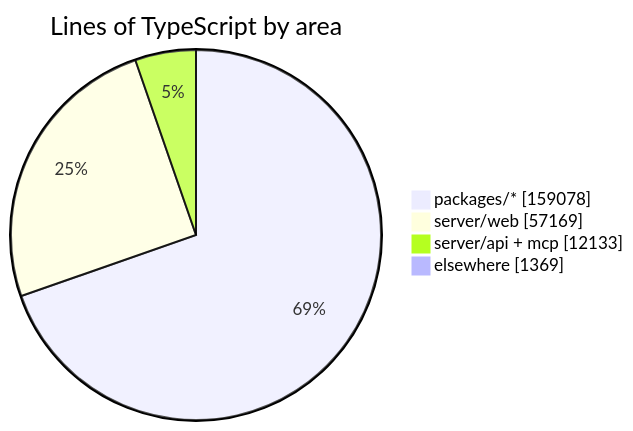
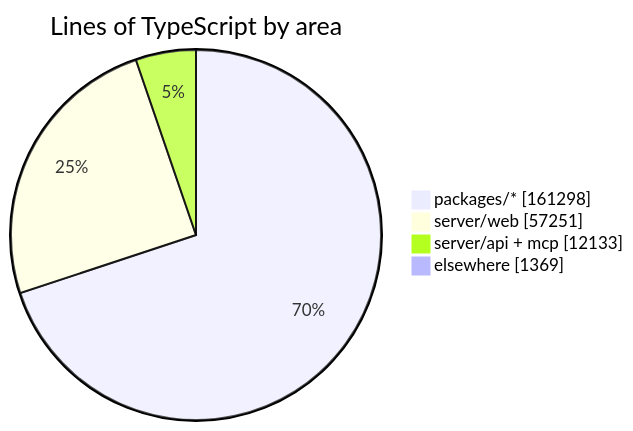
The diagram in README.md (crossworks-engineering/mantle), drawn with Mermaid before and after one commit. The commit also changed other lines of this file and 2 other files, not shown here.

````diff
--- a/README.md
+++ b/README.md
@@ -279,7 +279,7 @@
 ```mermaid
 pie showData title Lines of TypeScript by area
-    "packages/*" : 159078
-    "server/web" : 57169
+    "packages/*" : 161298
+    "server/web" : 57251
     "server/api + mcp" : 12133
     "elsewhere" : 1369
 ```
````
